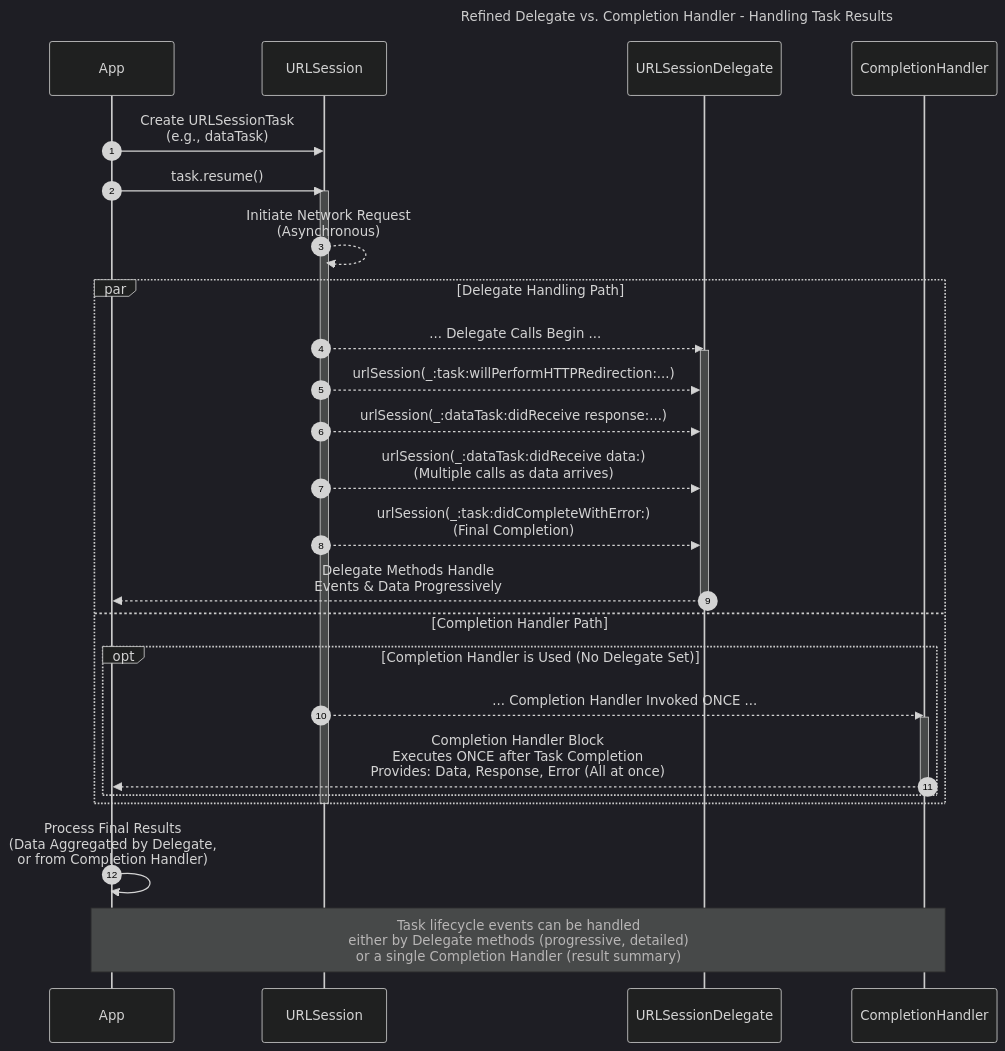
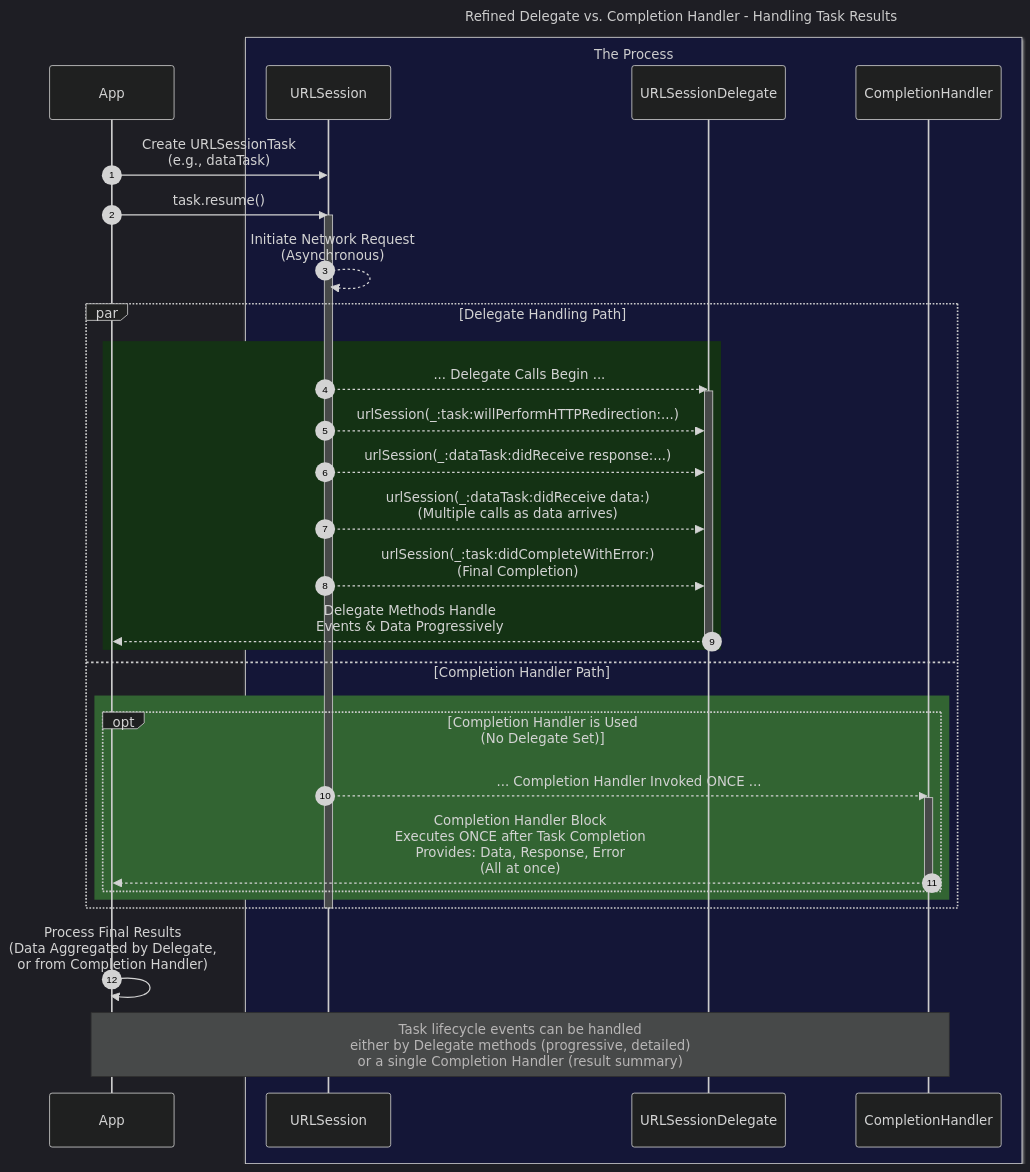
The third of 4 diagrams in WEB_TECH/URL_Loading_System/URL_Loading_System_V2.md (CongLeSolutionX/iOS-development-vault), drawn with Mermaid before and after one commit.

Commit message:
update note

````diff
--- a/WEB_TECH/URL_Loading_System/URL_Loading_System_V2.md
+++ b/WEB_TECH/URL_Loading_System/URL_Loading_System_V2.md
@@ -267,44 +267,53 @@
 ```mermaid
 ---
 title: Refined Delegate vs. Completion Handler - Handling Task Results
 config:
   layout: elk
   look: handDrawn
   theme: dark
 ---
 sequenceDiagram
     autonumber
     participant App
-    participant URLSession
-    participant URLSessionDelegate
-    participant CompletionHandler
+
+    box rgb(20, 22, 55) The Process
+        participant URLSession
+        participant URLSessionDelegate
+        participant CompletionHandler
+    end
 
     App->>URLSession: Create URLSessionTask <br> (e.g., dataTask)
     App->>URLSession: task.resume()
     activate URLSession
 
     URLSession-->>URLSession: Initiate Network Request<br>(Asynchronous)
 
+    
     par Delegate Handling Path
+        rect rgb(20, 50, 20)
         URLSession-->>URLSessionDelegate: ... Delegate Calls Begin ...
         activate URLSessionDelegate
         URLSession-->>URLSessionDelegate: urlSession(_:task:willPerformHTTPRedirection:...)
         URLSession-->>URLSessionDelegate: urlSession(_:dataTask:didReceive response:...)
         URLSession-->>URLSessionDelegate: urlSession(_:dataTask:didReceive data:) <br> (Multiple calls as data arrives)
         URLSession-->>URLSessionDelegate: urlSession(_:task:didCompleteWithError:) <br> (Final Completion)
         URLSessionDelegate-->>App: Delegate Methods Handle <br> Events & Data Progressively
         deactivate URLSessionDelegate
+        end
     and Completion Handler Path
-        opt Completion Handler is Used (No Delegate Set)
+        rect rgb(50, 100, 50)
+        opt Completion Handler is Used<br>(No Delegate Set)
             URLSession-->>CompletionHandler: ... Completion Handler Invoked ONCE ...
             activate CompletionHandler
-            CompletionHandler-->>App: Completion Handler Block <br> Executes ONCE after Task Completion<br> Provides: Data, Response, Error (All at once)
+            CompletionHandler-->>App: Completion Handler Block <br> Executes ONCE after Task Completion<br> Provides: Data, Response, Error<br>(All at once)
             deactivate CompletionHandler
         end
+        end
     end
+    
 
     deactivate URLSession
     App->>App: Process Final Results <br> (Data Aggregated by Delegate, <br> or from Completion Handler)
     Note over App,CompletionHandler: Task lifecycle events can be handled <br> either by Delegate methods (progressive, detailed) <br> or a single Completion Handler (result summary)
     
 ```
````
